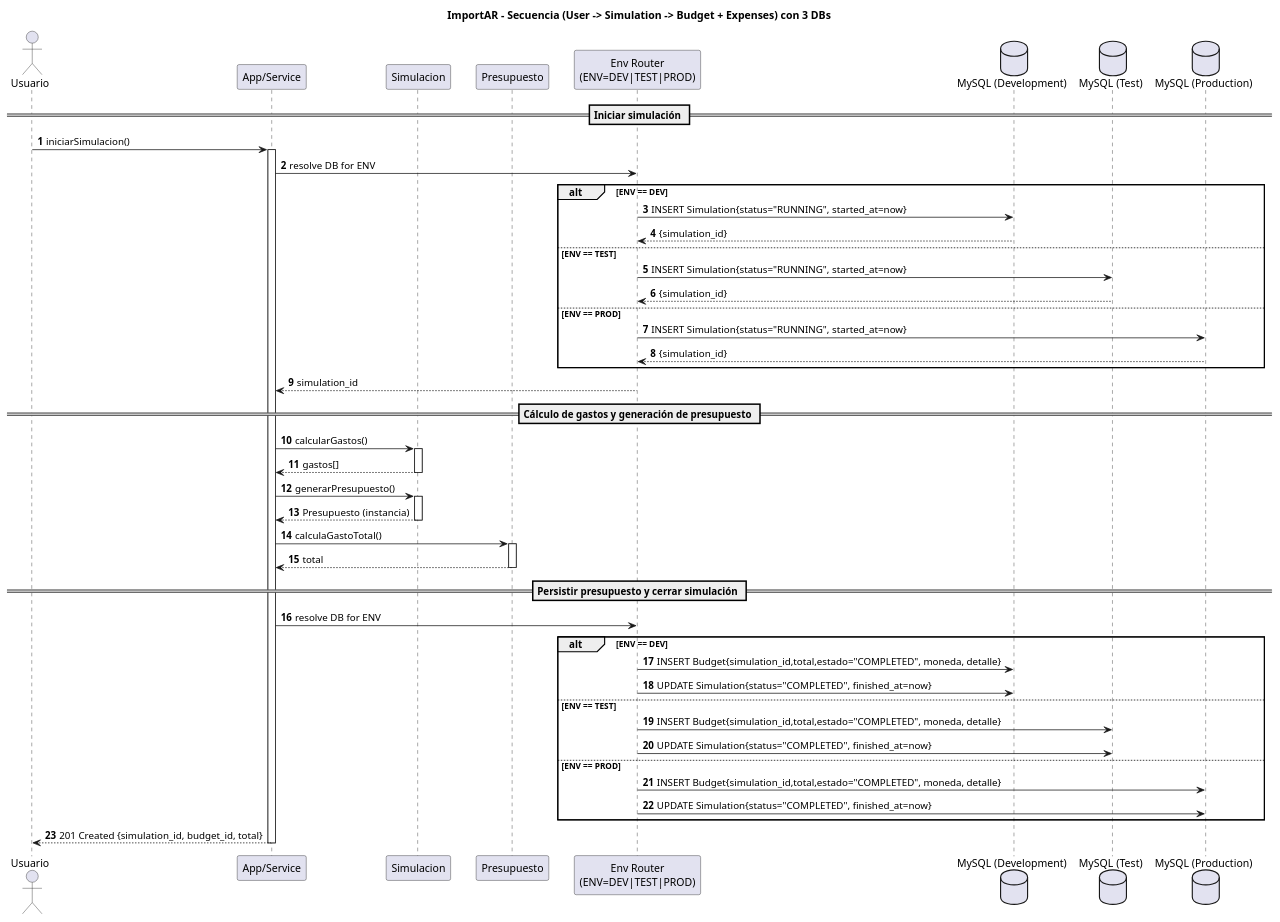
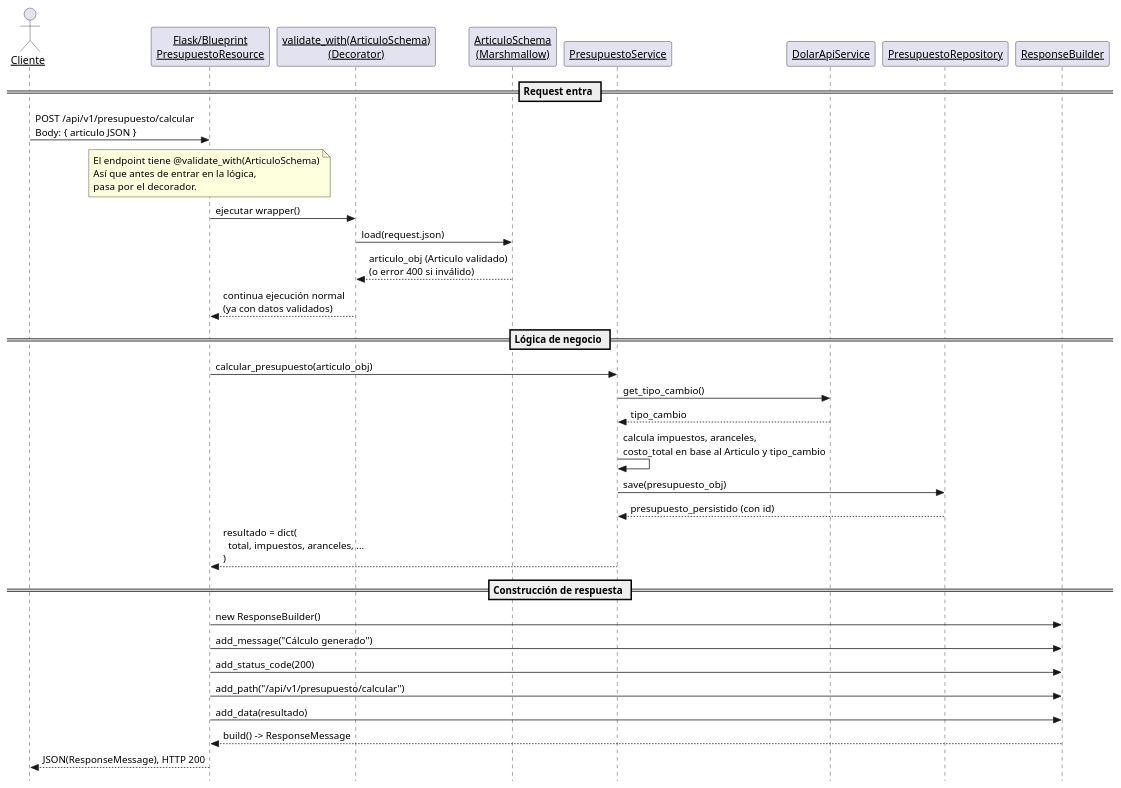
One commit to DannyOkk/ImportAR changed the diagram in document/secquence_diagram.puml. Above: the diagram before and after it, drawn with PlantUML. The commit also changed 1 other file, not shown here.

Commit message:
#4 Update clasess diagrams

```diff
--- a/document/secquence_diagram.puml
+++ b/document/secquence_diagram.puml
@@ -1,66 +1,53 @@
 @startuml
-title ImportAR – Secuencia (User -> Simulation -> Budget + Expenses) con 3 DBs
+skinparam style strictuml
+skinparam sequenceArrowThickness 1
+skinparam sequenceParticipant underline
 
-autonumber
-skinparam participantPadding 12
-skinparam responseMessageBelowArrow true
+actor Cliente as Client
+participant "Flask/Blueprint\nPresupuestoResource" as Controller
+participant "validate_with(ArticuloSchema)\n(Decorator)" as Validator
+participant "ArticuloSchema\n(Marshmallow)" as Schema
+participant "PresupuestoService" as Service
+participant "DolarApiService" as Dolar
+participant "PresupuestoRepository" as Repo
+participant "ResponseBuilder" as Builder
 
-actor Usuario
-participant "App/Service" as SVC
-participant "Simulacion" as SIM
-participant "Presupuesto" as BUD
-participant "Env Router\n(ENV=DEV|TEST|PROD)" as ENV
-database "MySQL (Development)" as DB_DEV
-database "MySQL (Test)" as DB_TEST
-database "MySQL (Production)" as DB_PROD
+== Request entra ==
+Client -> Controller: POST /api/v1/presupuesto/calcular\nBody: { articulo JSON }
 
-== Iniciar simulación ==
-Usuario -> SVC : iniciarSimulacion()
-activate SVC
-SVC -> ENV : resolve DB for ENV
+note over Controller
+El endpoint tiene @validate_with(ArticuloSchema)
+Así que antes de entrar en la lógica,
+pasa por el decorador.
+end note
 
-alt ENV == DEV
-  ENV -> DB_DEV : INSERT Simulation{status="RUNNING", started_at=now}
-  DB_DEV --> ENV : {simulation_id}
-else ENV == TEST
-  ENV -> DB_TEST : INSERT Simulation{status="RUNNING", started_at=now}
-  DB_TEST --> ENV : {simulation_id}
-else ENV == PROD
-  ENV -> DB_PROD : INSERT Simulation{status="RUNNING", started_at=now}
-  DB_PROD --> ENV : {simulation_id}
-end
-ENV --> SVC : simulation_id
+Controller -> Validator: ejecutar wrapper()
+Validator -> Schema: load(request.json)
+Schema --> Validator: articulo_obj (Articulo validado)\n(o error 400 si inválido)
 
-== Cálculo de gastos y generación de presupuesto ==
-SVC -> SIM : calcularGastos()
-activate SIM
-SIM --> SVC : gastos[]
-deactivate SIM
+Validator --> Controller: continua ejecución normal\n(ya con datos validados)
 
-SVC -> SIM : generarPresupuesto()
-activate SIM
-SIM --> SVC : Presupuesto (instancia)
-deactivate SIM
+== Lógica de negocio ==
+Controller -> Service: calcular_presupuesto(articulo_obj)
 
-SVC -> BUD : calculaGastoTotal()
-activate BUD
-BUD --> SVC : total
-deactivate BUD
+Service -> Dolar: get_tipo_cambio()
+Dolar --> Service: tipo_cambio
 
-== Persistir presupuesto y cerrar simulación ==
-SVC -> ENV : resolve DB for ENV
+Service -> Service: calcula impuestos, aranceles,\ncosto_total en base al Articulo y tipo_cambio
 
-alt ENV == DEV
-  ENV -> DB_DEV : INSERT Budget{simulation_id,total,estado="COMPLETED", moneda, detalle}
-  ENV -> DB_DEV : UPDATE Simulation{status="COMPLETED", finished_at=now}
-else ENV == TEST
-  ENV -> DB_TEST : INSERT Budget{simulation_id,total,estado="COMPLETED", moneda, detalle}
-  ENV -> DB_TEST : UPDATE Simulation{status="COMPLETED", finished_at=now}
-else ENV == PROD
-  ENV -> DB_PROD : INSERT Budget{simulation_id,total,estado="COMPLETED", moneda, detalle}
-  ENV -> DB_PROD : UPDATE Simulation{status="COMPLETED", finished_at=now}
-end
+Service -> Repo: save(presupuesto_obj)
+Repo --> Service: presupuesto_persistido (con id)
 
-SVC --> Usuario : 201 Created {simulation_id, budget_id, total}
-deactivate SVC
+Service --> Controller: resultado = dict(\n  total, impuestos, aranceles, ...\n)
+
+== Construcción de respuesta ==
+Controller -> Builder: new ResponseBuilder()
+Controller -> Builder: add_message("Cálculo generado")
+Controller -> Builder: add_status_code(200)
+Controller -> Builder: add_path("/api/v1/presupuesto/calcular")
+Controller -> Builder: add_data(resultado)
+Builder --> Controller: build() -> ResponseMessage
+
+Controller --> Client: JSON(ResponseMessage), HTTP 200
+
 @enduml
```
